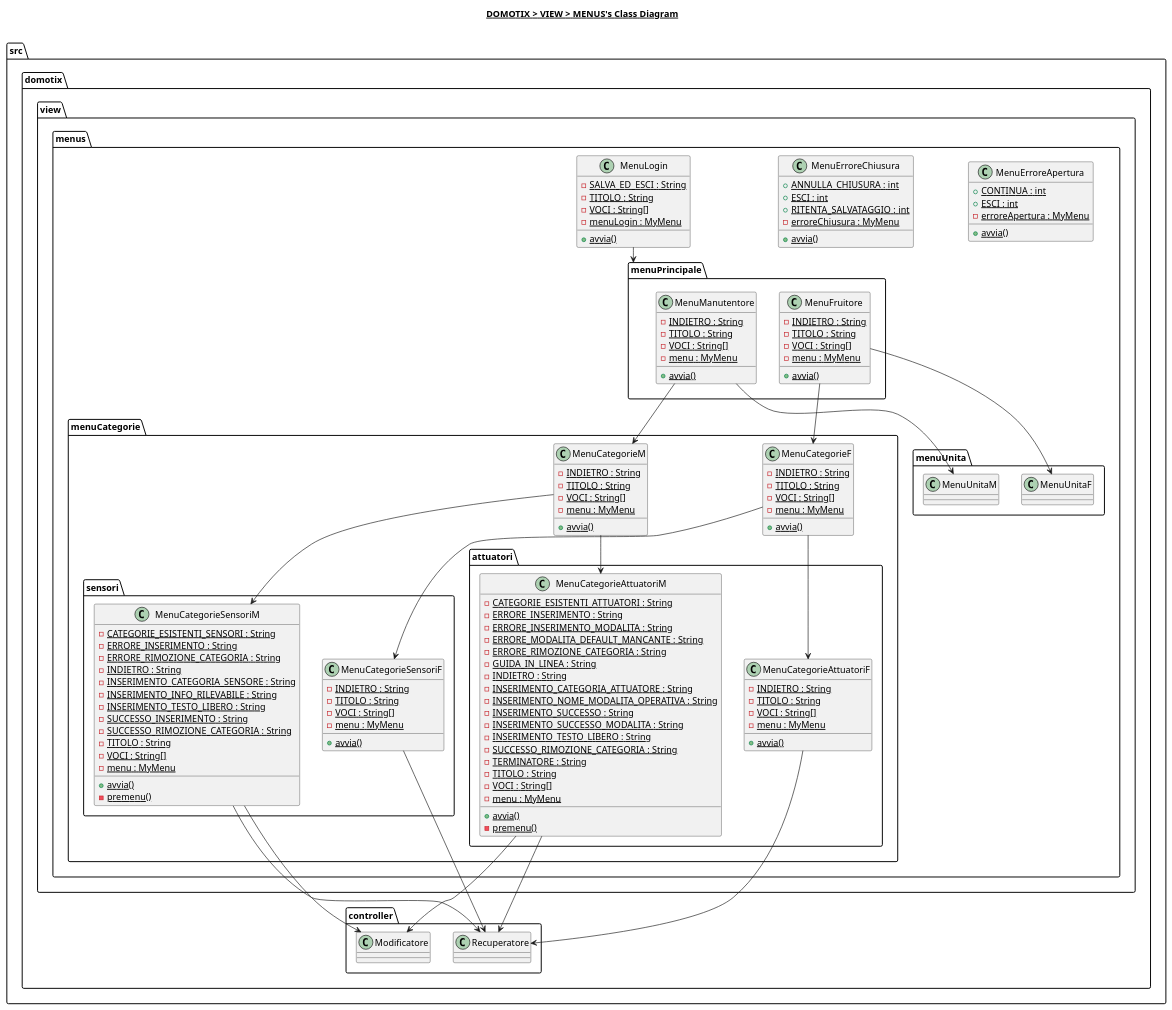
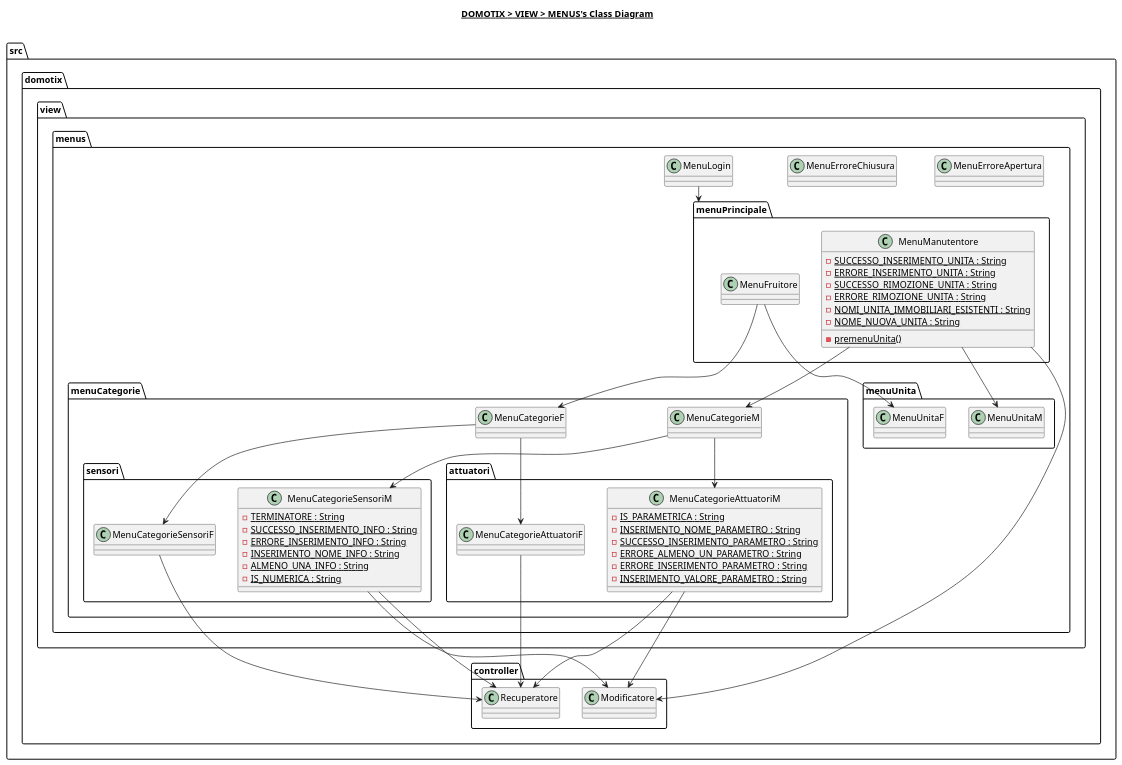
Before and after one commit to Edoar-do/Domotix: the diagram in src/domotix/view/menus/menus.plantuml, drawn with PlantUML. The commit also changed 29 other files, not shown here.

Commit message:
Aggiusta la documentazione sui diagrammi

```diff
--- a/src/domotix/view/menus/menus.plantuml
+++ b/src/domotix/view/menus/menus.plantuml
@@ -1,145 +1,88 @@
 @startuml
 
 title __DOMOTIX > VIEW > MENUS's Class Diagram__\n
 
 namespace src.domotix.view.menus {
     class src.domotix.view.menus.MenuErroreApertura {
-        {static} + CONTINUA : int
-        {static} + ESCI : int
-        {static} - erroreApertura : MyMenu
-        {static} + avvia()
     }
 
     class src.domotix.view.menus.MenuErroreChiusura {
-        {static} + ANNULLA_CHIUSURA : int
-        {static} + ESCI : int
-        {static} + RITENTA_SALVATAGGIO : int
-        {static} - erroreChiusura : MyMenu
-        {static} + avvia()
     }
 
     class src.domotix.view.menus.MenuLogin {
-        {static} - SALVA_ED_ESCI : String
-        {static} - TITOLO : String
-        {static} - VOCI : String[]
-        {static} - menuLogin : MyMenu
-        {static} + avvia()
     }
 
     namespace menuPrincipale {
         class src.domotix.view.menus.menuPrincipale.MenuFruitore {
-            {static} - INDIETRO : String
-            {static} - TITOLO : String
-            {static} - VOCI : String[]
-            {static} - menu : MyMenu
-            {static} + avvia()
         }
 
         class src.domotix.view.menus.menuPrincipale.MenuManutentore {
-            {static} - INDIETRO : String
-            {static} - TITOLO : String
-            {static} - VOCI : String[]
-            {static} - menu : MyMenu
-            {static} + avvia()
+            {static} - SUCCESSO_INSERIMENTO_UNITA : String
+            {static} - ERRORE_INSERIMENTO_UNITA : String
+            {static} - SUCCESSO_RIMOZIONE_UNITA : String
+            {static} - ERRORE_RIMOZIONE_UNITA : String
+            {static} - NOMI_UNITA_IMMOBILIARI_ESISTENTI : String
+            {static} - NOME_NUOVA_UNITA : String
+            {static} - premenuUnita()
         }
     }
 
     namespace menuCategorie {
         class src.domotix.view.menus.menuCategorie.MenuCategorieF {
-            {static} - INDIETRO : String
-            {static} - TITOLO : String
-            {static} - VOCI : String[]
-            {static} - menu : MyMenu
-            {static} + avvia()
         }
 
         class src.domotix.view.menus.menuCategorie.MenuCategorieM {
-            {static} - INDIETRO : String
-            {static} - TITOLO : String
-            {static} - VOCI : String[]
-            {static} - menu : MyMenu
-            {static} + avvia()
         }
 
         namespace sensori {
             class src.domotix.view.menus.menuCategorie.sensori.MenuCategorieSensoriF {
-                {static} - INDIETRO : String
-                {static} - TITOLO : String
-                {static} - VOCI : String[]
-                {static} - menu : MyMenu
-                {static} + avvia()
             }
 
             class src.domotix.view.menus.menuCategorie.sensori.MenuCategorieSensoriM {
-                {static} - CATEGORIE_ESISTENTI_SENSORI : String
-                {static} - ERRORE_INSERIMENTO : String
-                {static} - ERRORE_RIMOZIONE_CATEGORIA : String
-                {static} - INDIETRO : String
-                {static} - INSERIMENTO_CATEGORIA_SENSORE : String
-                {static} - INSERIMENTO_INFO_RILEVABILE : String
-                {static} - INSERIMENTO_TESTO_LIBERO : String
-                {static} - SUCCESSO_INSERIMENTO : String
-                {static} - SUCCESSO_RIMOZIONE_CATEGORIA : String
-                {static} - TITOLO : String
-                {static} - VOCI : String[]
-                {static} - menu : MyMenu
-                {static} + avvia()
-                {static} - premenu()
+                {static} - TERMINATORE : String
+                {static} - SUCCESSO_INSERIMENTO_INFO : String
+                {static} - ERRORE_INSERIMENTO_INFO : String
+                {static} - INSERIMENTO_NOME_INFO : String
+                {static} - ALMENO_UNA_INFO : String
+                {static} - IS_NUMERICA : String
             }
         }
 
         namespace attuatori {
             class src.domotix.view.menus.menuCategorie.attuatori.MenuCategorieAttuatoriF {
-                {static} - INDIETRO : String
-                {static} - TITOLO : String
-                {static} - VOCI : String[]
-                {static} - menu : MyMenu
-                {static} + avvia()
             }
 
             class src.domotix.view.menus.menuCategorie.attuatori.MenuCategorieAttuatoriM {
-                {static} - CATEGORIE_ESISTENTI_ATTUATORI : String
-                {static} - ERRORE_INSERIMENTO : String
-                {static} - ERRORE_INSERIMENTO_MODALITA : String
-                {static} - ERRORE_MODALITA_DEFAULT_MANCANTE : String
-                {static} - ERRORE_RIMOZIONE_CATEGORIA : String
-                {static} - GUIDA_IN_LINEA : String
-                {static} - INDIETRO : String
-                {static} - INSERIMENTO_CATEGORIA_ATTUATORE : String
-                {static} - INSERIMENTO_NOME_MODALITA_OPERATIVA : String
-                {static} - INSERIMENTO_SUCCESSO : String
-                {static} - INSERIMENTO_SUCCESSO_MODALITA : String
-                {static} - INSERIMENTO_TESTO_LIBERO : String
-                {static} - SUCCESSO_RIMOZIONE_CATEGORIA : String
-                {static} - TERMINATORE : String
-                {static} - TITOLO : String
-                {static} - VOCI : String[]
-                {static} - menu : MyMenu
-                {static} + avvia()
-                {static} - premenu()
+                {static} - IS_PARAMETRICA : String
+                {static} - INSERIMENTO_NOME_PARAMETRO : String
+                {static} - SUCCESSO_INSERIMENTO_PARAMETRO : String
+                {static} - ERRORE_ALMENO_UN_PARAMETRO : String
+                {static} - ERRORE_INSERIMENTO_PARAMETRO : String
+                {static} - INSERIMENTO_VALORE_PARAMETRO : String
             }
         }
     }
 
     namespace menuUnita {
     }
 }
 
 src.domotix.view.menus.MenuLogin --> src.domotix.view.menus.menuPrincipale
 src.domotix.view.menus.menuPrincipale.MenuManutentore --> src.domotix.view.menus.menuUnita.MenuUnitaM
 src.domotix.view.menus.menuPrincipale.MenuFruitore --> src.domotix.view.menus.menuUnita.MenuUnitaF
 src.domotix.view.menus.menuPrincipale.MenuManutentore --> src.domotix.view.menus.menuCategorie.MenuCategorieM
 src.domotix.view.menus.menuPrincipale.MenuFruitore --> src.domotix.view.menus.menuCategorie.MenuCategorieF
 src.domotix.view.menus.menuCategorie.MenuCategorieM --> src.domotix.view.menus.menuCategorie.attuatori.MenuCategorieAttuatoriM
 src.domotix.view.menus.menuCategorie.MenuCategorieM --> src.domotix.view.menus.menuCategorie.sensori.MenuCategorieSensoriM
 src.domotix.view.menus.menuCategorie.MenuCategorieF --> src.domotix.view.menus.menuCategorie.attuatori.MenuCategorieAttuatoriF
 src.domotix.view.menus.menuCategorie.MenuCategorieF --> src.domotix.view.menus.menuCategorie.sensori.MenuCategorieSensoriF
 
 src.domotix.view.menus.menuCategorie.attuatori.MenuCategorieAttuatoriM --> src.domotix.controller.Modificatore
 src.domotix.view.menus.menuCategorie.attuatori.MenuCategorieAttuatoriM --> src.domotix.controller.Recuperatore
 src.domotix.view.menus.menuCategorie.attuatori.MenuCategorieAttuatoriF --> src.domotix.controller.Recuperatore
 src.domotix.view.menus.menuCategorie.sensori.MenuCategorieSensoriM --> src.domotix.controller.Modificatore
 src.domotix.view.menus.menuCategorie.sensori.MenuCategorieSensoriM --> src.domotix.controller.Recuperatore
 src.domotix.view.menus.menuCategorie.sensori.MenuCategorieSensoriF --> src.domotix.controller.Recuperatore
+src.domotix.view.menus.menuPrincipale.MenuManutentore --> src.domotix.controller.Modificatore
 
 @enduml
```
